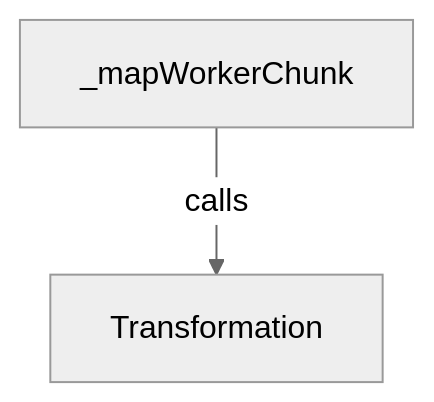
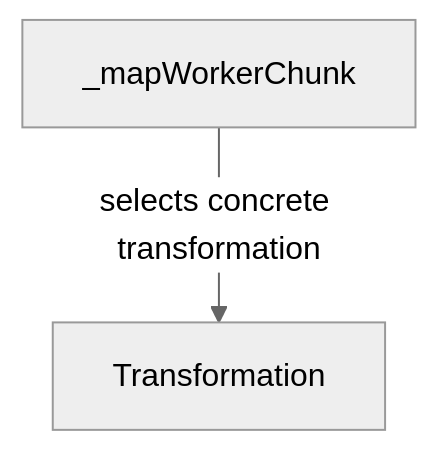
The first of 4 diagrams in src/stdlib/collections/workers.aug.diagrams.md (GreenPandaStudios/augscript), drawn with Mermaid (neutral theme) before and after one commit. The commit also changed other lines of this file and 2 other files, not shown here.

````diff
--- a/src/stdlib/collections/workers.aug.diagrams.md
+++ b/src/stdlib/collections/workers.aug.diagrams.md
@@ -9,6 +9,6 @@
 ```mermaid
 flowchart TD
     n0["Transformation"]
     n1["_mapWorkerChunk"]
-    n1 -->|"calls"| n0
+    n1 -->|"selects concrete transformation"| n0
 ```
````
